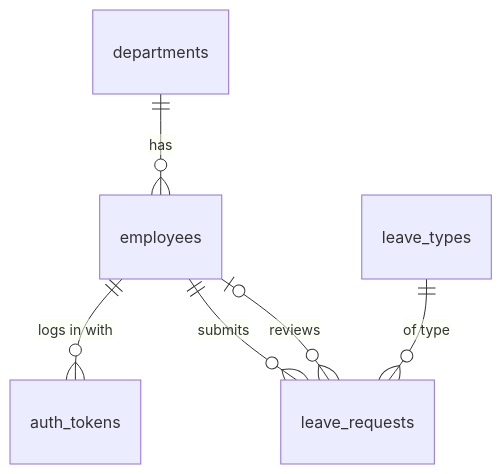
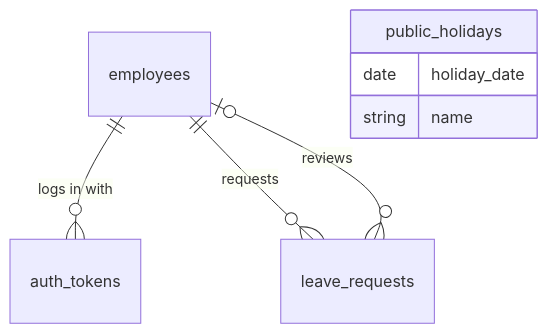
One commit to mohameA337/hr-management-system changed the diagram in docs/DATABASE.md. Above: the diagram before and after it, drawn with Mermaid. The commit also changed other lines of this file and 10 other files, not shown here.

````diff
--- a/docs/DATABASE.md
+++ b/docs/DATABASE.md
@@ -31,8 +8,10 @@
 ```mermaid
 erDiagram
-    departments ||--o{ employees : "has"
-    employees   ||--o{ auth_tokens : "logs in with"
-    employees   ||--o{ leave_requests : "submits"
-    leave_types ||--o{ leave_requests : "of type"
-    employees   |o--o{ leave_requests : "reviews"
+    employees ||--o{ auth_tokens : "logs in with"
+    employees ||--o{ leave_requests : "requests"
+    employees |o--o{ leave_requests : "reviews"
+    public_holidays {
+        date holiday_date
+        string name
+    }
 ```
````
